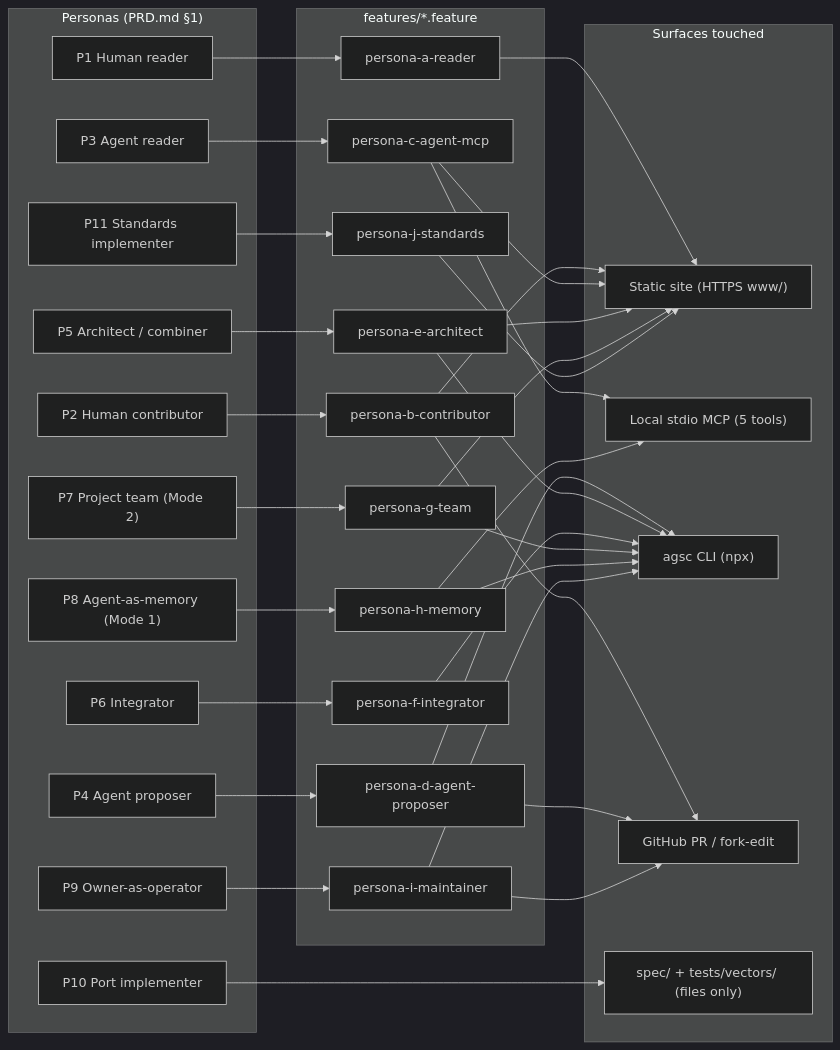
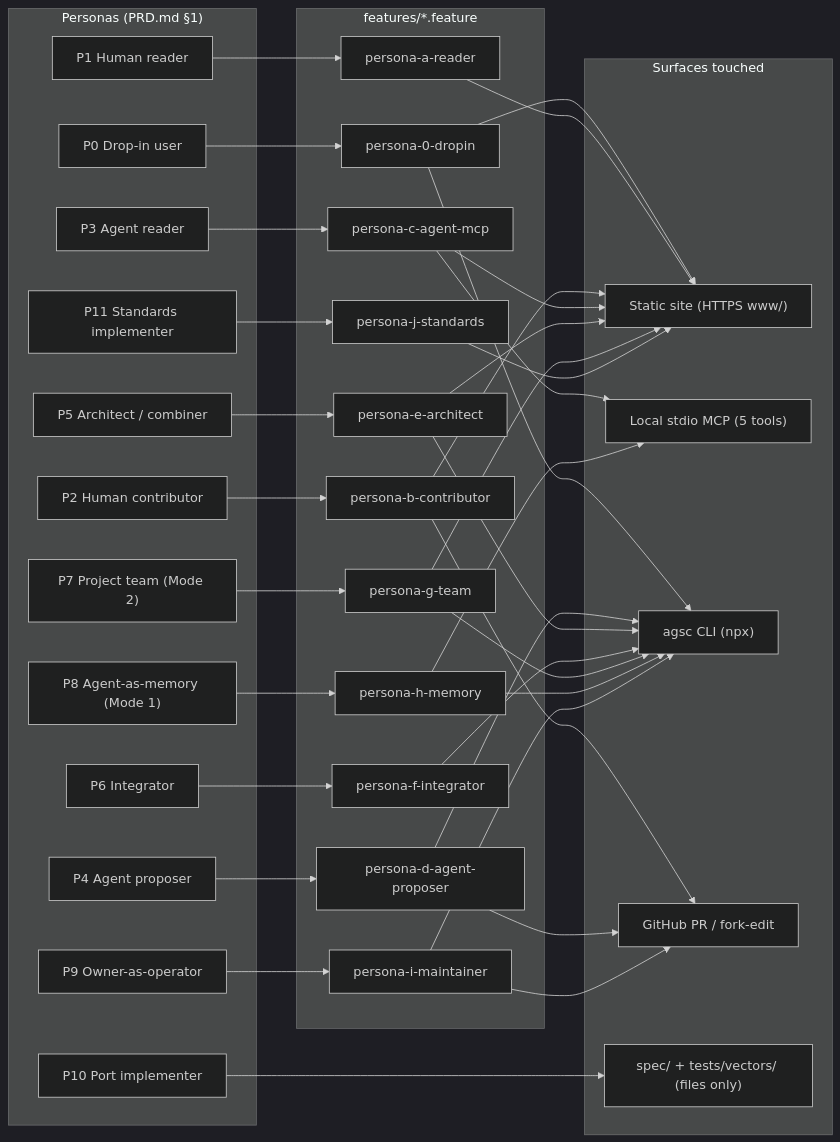
The diagram in docs/diagrams/scenario-map.md (andreibesleaga/agentic-system-core), drawn with Mermaid (dark theme) before and after one commit. The commit also changed other lines of this file and 41 other files, not shown here.

````diff
--- a/docs/diagrams/scenario-map.md
+++ b/docs/diagrams/scenario-map.md
@@ -3,56 +3,60 @@
 ```mermaid
 flowchart LR
   subgraph PERSONAS["Personas (PRD.md §1)"]
+    P0["P0 Drop-in user"]
     P1["P1 Human reader"]
     P2["P2 Human contributor"]
     P3["P3 Agent reader"]
     P4["P4 Agent proposer"]
     P5["P5 Architect / combiner"]
     P6["P6 Integrator"]
     P7["P7 Project team (Mode 2)"]
     P8["P8 Agent-as-memory (Mode 1)"]
     P9["P9 Owner-as-operator"]
     P10["P10 Port implementer"]
     P11["P11 Standards implementer"]
   end
 
   subgraph FEATURES["features/*.feature"]
+    F0["persona-0-dropin"]
     Fa["persona-a-reader"]
     Fb["persona-b-contributor"]
     Fc["persona-c-agent-mcp"]
     Fd["persona-d-agent-proposer"]
     Fe["persona-e-architect"]
     Ff["persona-f-integrator"]
     Fg["persona-g-team"]
     Fh["persona-h-memory"]
     Fi["persona-i-maintainer"]
     Fj["persona-j-standards"]
   end
 
   subgraph SURFACES["Surfaces touched"]
     SITE["Static site (HTTPS www/)"]
     MCP["Local stdio MCP (5 tools)"]
     CLI["agsc CLI (npx)"]
     PR["GitHub PR / fork-edit"]
     FILES["spec/ + tests/vectors/ (files only)"]
   end
 
+  P0 --> F0 --> CLI
+  F0 --> SITE
   P1 --> Fa --> SITE
   P2 --> Fb --> SITE
   Fb --> PR
   P3 --> Fc --> MCP
   Fc --> SITE
   P4 --> Fd --> CLI
   Fd --> PR
   P5 --> Fe --> SITE
   Fe --> CLI
   P6 --> Ff --> CLI
   P7 --> Fg --> CLI
   Fg --> SITE
   P8 --> Fh --> CLI
   Fh --> MCP
   P9 --> Fi --> CLI
   Fi --> PR
   P10 --> FILES
   P11 --> Fj --> SITE
 ```
````
